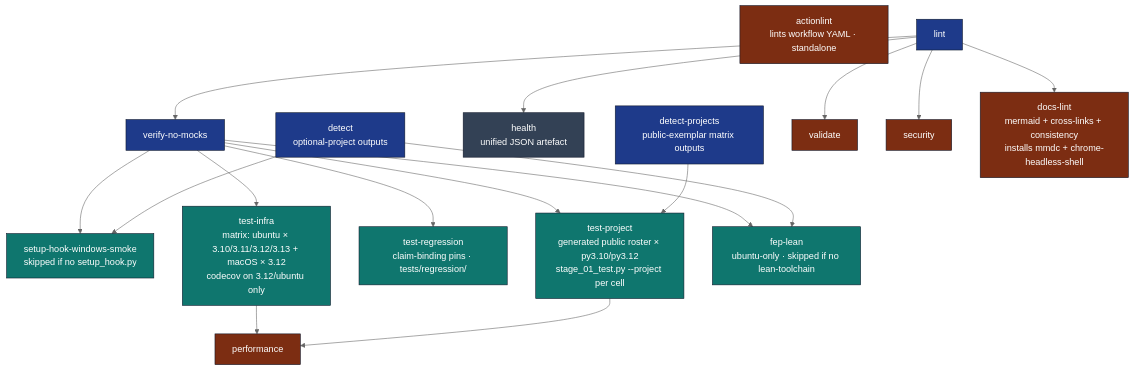
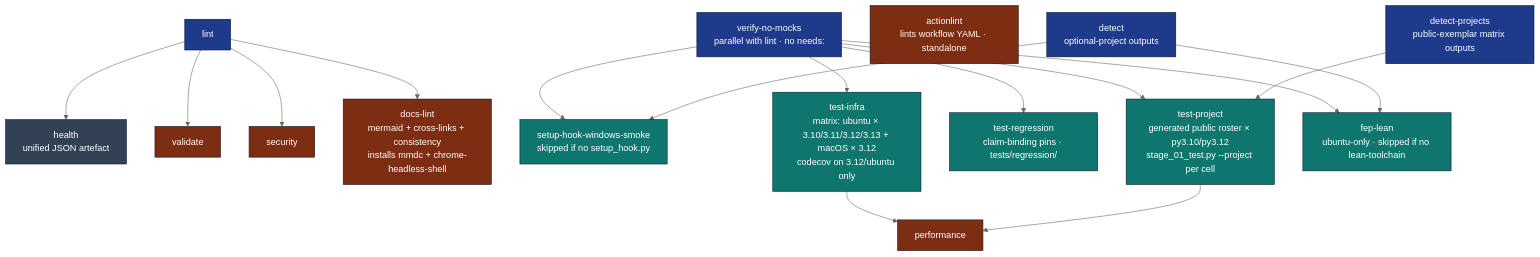
One commit to docxology/template changed the second of 2 diagrams in .github/workflows/AGENTS.md. Above: the diagram before and after it, drawn with Mermaid (neutral theme). The commit also changed other lines of this file and 4 other files, not shown here.

First line of the commit message:
docs(github): fix stale counts, Node version, verify-no-mocks dependency, mermaid accuracy

````diff
--- a/.github/workflows/AGENTS.md
+++ b/.github/workflows/AGENTS.md
@@ -45,30 +45,30 @@
 ```mermaid
 flowchart TB
     DET[detect<br/>optional-project outputs]
     DETP[detect-projects<br/>public-exemplar matrix outputs]
     ACTLINT[actionlint<br/>lints workflow YAML · standalone]
     LINT[lint] --> HEALTH[health<br/>unified JSON artefact]
-    LINT --> VNM[verify-no-mocks]
+    VNM[verify-no-mocks<br/>parallel with lint · no needs:]
     LINT --> VAL[validate]
     LINT --> SEC[security]
     LINT --> DL[docs-lint<br/>mermaid + cross-links + consistency<br/>installs mmdc + chrome-headless-shell]
     VNM --> SHW[setup-hook-windows-smoke<br/>skipped if no setup_hook.py]
     VNM --> TI[test-infra<br/>matrix: ubuntu × 3.10/3.11/3.12/3.13 + macOS × 3.12<br/>codecov on 3.12/ubuntu only]
     VNM --> TR[test-regression<br/>claim-binding pins · tests/regression/]
     VNM --> TP[test-project<br/>generated public roster × py3.10/py3.12<br/>stage_01_test.py --project per cell]
     VNM --> FL[fep-lean<br/>ubuntu-only · skipped if no lean-toolchain]
     DET --> SHW
     DET --> FL
     DETP --> TP
     TI --> PERF[performance]
     TP --> PERF
 
     classDef gate fill:#1e3a8a,stroke:#0f172a,color:#fff
     classDef matrix fill:#0f766e,stroke:#0f172a,color:#fff
     classDef terminal fill:#7c2d12,stroke:#0f172a,color:#fff
     classDef info fill:#334155,stroke:#0f172a,color:#fff
     class DET,DETP,LINT,VNM gate
     class TI,TR,TP,FL,SHW matrix
     class VAL,SEC,DL,PERF,ACTLINT terminal
     class HEALTH info
 ```
````
